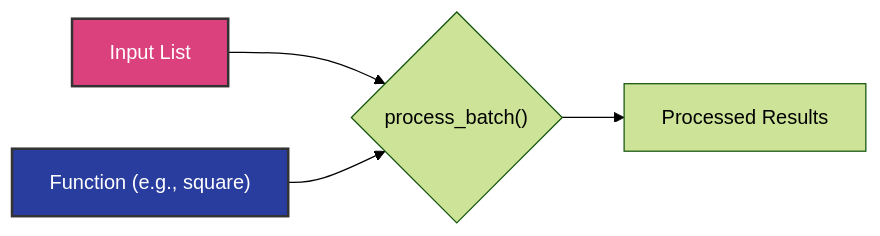
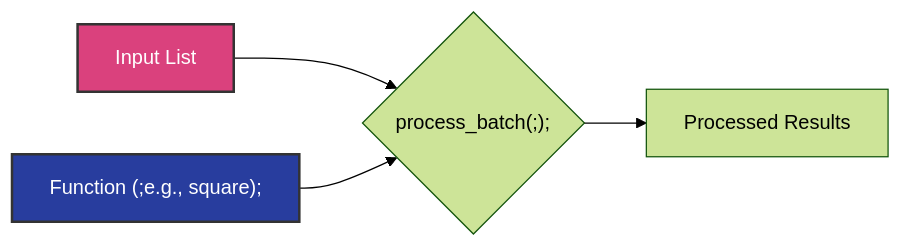
The fourth of 5 diagrams in docs/readme_details/12_example_use/index.md (ikko/sym), drawn with Mermaid (forest theme) before and after one commit. The commit also changed other lines of this file and 17 other files, not shown here.

````diff
--- a/docs/readme_details/12_example_use/index.md
+++ b/docs/readme_details/12_example_use/index.md
@@ -149,10 +149,10 @@
 ```mermaid
 graph LR
-    A[Input List] --> B{process_batch#40;#41;};
-    C[Function #40;e.g., square#41;] --> B;
+    A[Input List] --> B{process_batch#40;;#41;;};
+    C[Function #40;;e.g., square#41;;] --> B;
     B --> D[Processed Results];
 
     style C fill:#283d9e,stroke:#333,stroke-width:2px,color:#FFFFFF;
     style A fill:#da417d,stroke:#333,stroke-width:2px,color:#FFFFFF;
     style C fill:#283d9e,stroke:#333,stroke-width:2px,color:#FFFFFF;
 ```
````
